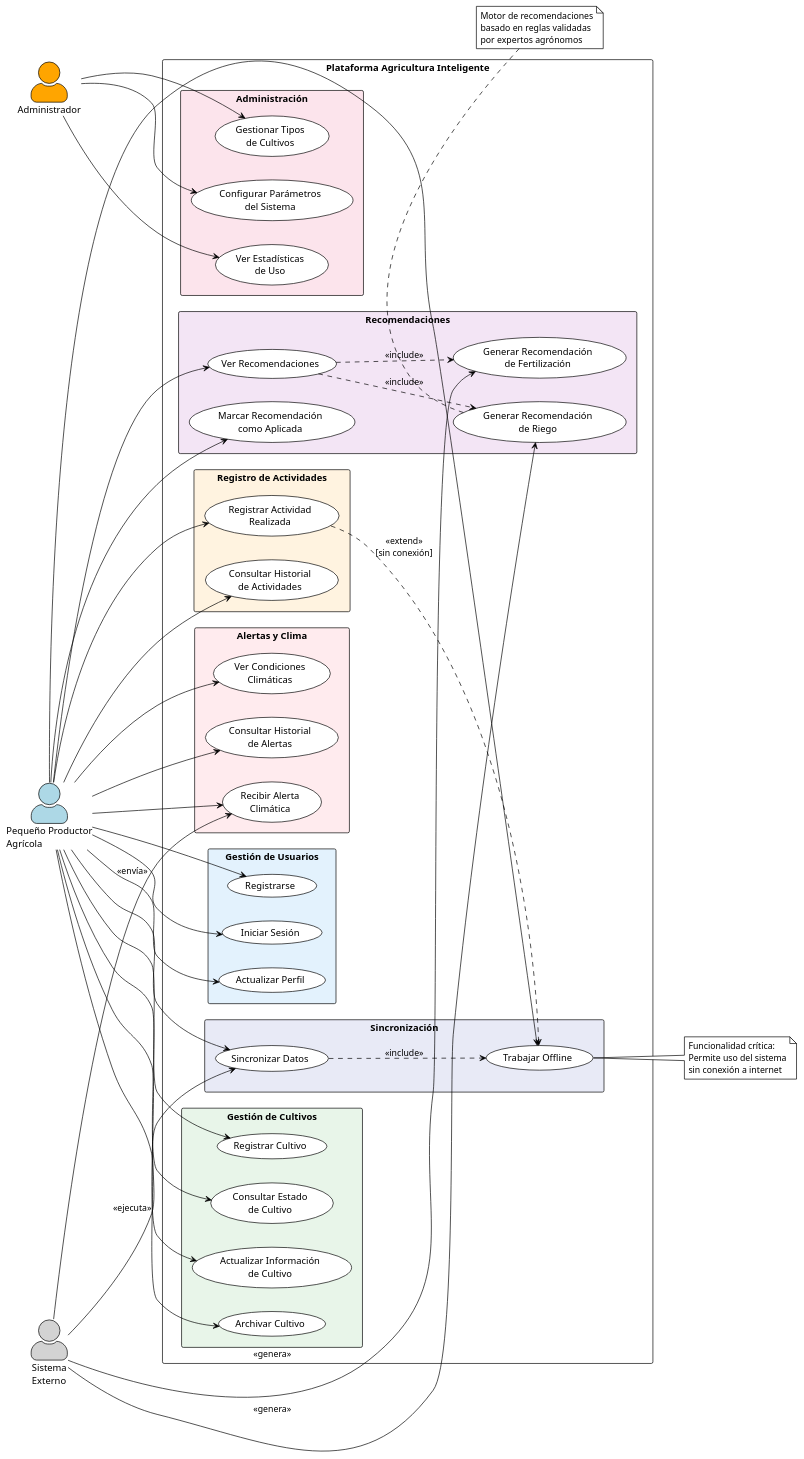
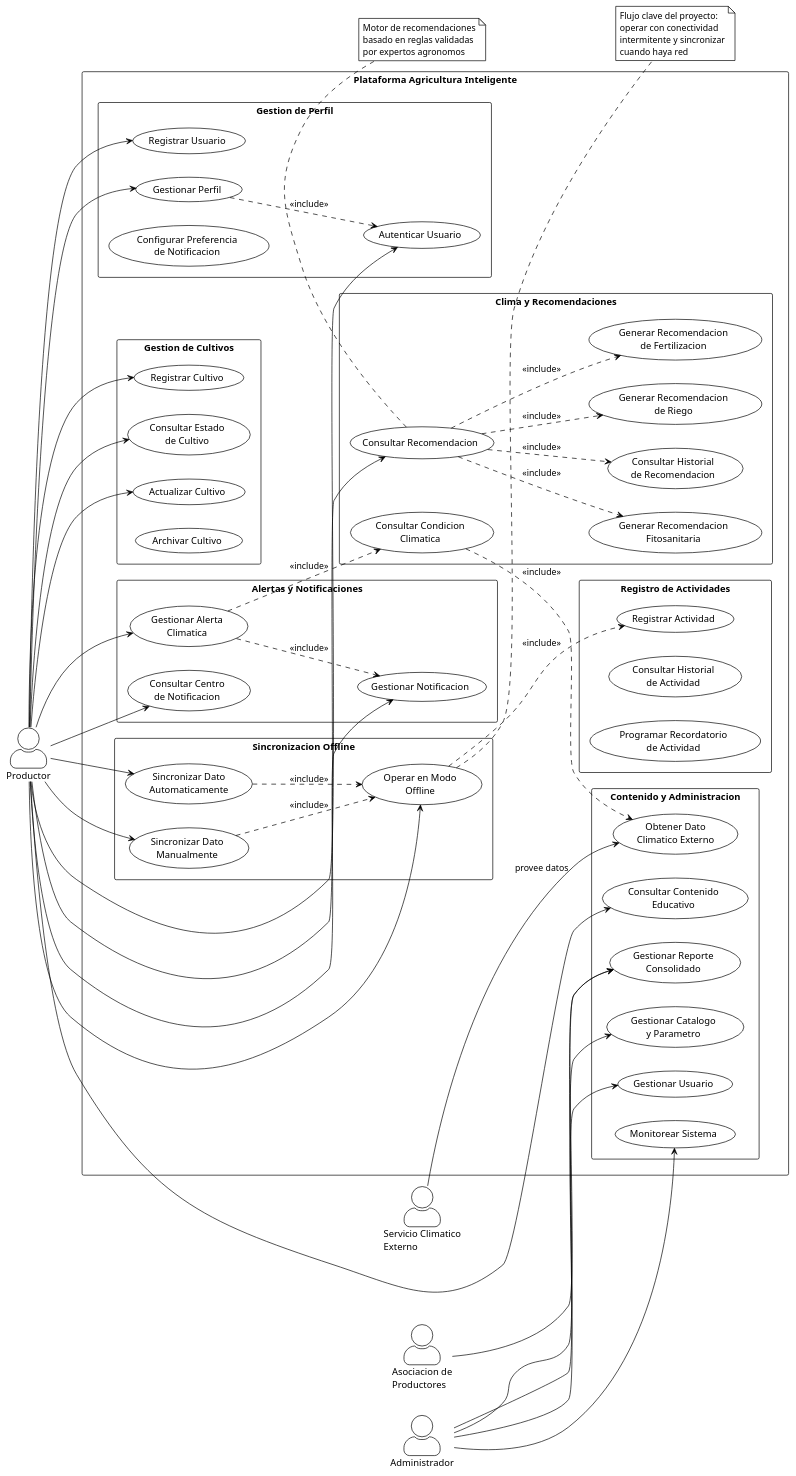
One commit to Moshii-Xz/arquitectura-de-software changed the diagram in 03-Diagramas/01-casos-de-uso.puml. Above: the diagram before and after it, drawn with PlantUML. The commit also changed 17 other files, not shown here.

```diff
--- a/03-Diagramas/01-casos-de-uso.puml
+++ b/03-Diagramas/01-casos-de-uso.puml
@@ -1,104 +1,116 @@
 @startuml casos-de-uso
 !theme plain
 skinparam actorStyle awesome
 skinparam packageStyle rectangle
 
 left to right direction
 
-actor "Pequeño Productor\nAgrícola" as Productor #lightblue
-actor "Sistema\nExterno" as Sistema #lightgray
-actor "Administrador" as Admin #orange
+actor "Productor" as Productor
+actor "Asociacion de\nProductores" as Asociacion
+actor "Administrador" as Admin
+actor "Servicio Climatico\nExterno" as Clima
 
 rectangle "Plataforma Agricultura Inteligente" {
-  
-  package "Gestión de Usuarios" #E3F2FD {
-    usecase (Registrarse) as UC1
-    usecase (Iniciar Sesión) as UC2
-    usecase (Actualizar Perfil) as UC3
+  package "Gestion de Perfil" {
+    usecase (Registrar Usuario) as UC1
+    usecase (Autenticar Usuario) as UC2
+    usecase (Gestionar Perfil) as UC3
+    usecase (Configurar Preferencia\nde Notificacion) as UC4
   }
-  
-  package "Gestión de Cultivos" #E8F5E9 {
-    usecase (Registrar Cultivo) as UC4
-    usecase (Consultar Estado\nde Cultivo) as UC5
-    usecase (Actualizar Información\nde Cultivo) as UC6
-    usecase (Archivar Cultivo) as UC7
+
+  package "Gestion de Cultivos" {
+    usecase (Registrar Cultivo) as UC5
+    usecase (Consultar Estado\nde Cultivo) as UC6
+    usecase (Actualizar Cultivo) as UC7
+    usecase (Archivar Cultivo) as UC8
   }
-  
-  package "Registro de Actividades" #FFF3E0 {
-    usecase (Registrar Actividad\nRealizada) as UC8
-    usecase (Consultar Historial\nde Actividades) as UC9
+
+  package "Registro de Actividades" {
+    usecase (Registrar Actividad) as UC9
+    usecase (Consultar Historial\nde Actividad) as UC10
+    usecase (Programar Recordatorio\nde Actividad) as UC11
   }
-  
-  package "Recomendaciones" #F3E5F5 {
-    usecase (Ver Recomendaciones) as UC10
-    usecase (Generar Recomendación\nde Riego) as UC11
-    usecase (Generar Recomendación\nde Fertilización) as UC12
-    usecase (Marcar Recomendación\ncomo Aplicada) as UC13
+
+  package "Clima y Recomendaciones" {
+    usecase (Consultar Condicion\nClimatica) as UC12
+    usecase (Consultar Recomendacion) as UC13
+    usecase (Generar Recomendacion\nde Riego) as UC14
+    usecase (Generar Recomendacion\nde Fertilizacion) as UC15
+    usecase (Generar Recomendacion\nFitosanitaria) as UC16
+    usecase (Consultar Historial\nde Recomendacion) as UC17
   }
-  
-  package "Alertas y Clima" #FFEBEE {
-    usecase (Ver Condiciones\nClimáticas) as UC14
-    usecase (Recibir Alerta\nClimática) as UC15
-    usecase (Consultar Historial\nde Alertas) as UC16
+
+  package "Alertas y Notificaciones" {
+    usecase (Gestionar Alerta\nClimatica) as UC18
+    usecase (Gestionar Notificacion) as UC19
+    usecase (Consultar Centro\nde Notificacion) as UC20
   }
-  
-  package "Sincronización" #E8EAF6 {
-    usecase (Trabajar Offline) as UC17
-    usecase (Sincronizar Datos) as UC18
+
+  package "Sincronizacion Offline" {
+    usecase (Operar en Modo\nOffline) as UC21
+    usecase (Sincronizar Dato\nAutomaticamente) as UC22
+    usecase (Sincronizar Dato\nManualmente) as UC23
   }
-  
-  package "Administración" #FCE4EC {
-    usecase (Gestionar Tipos\nde Cultivos) as UC19
-    usecase (Configurar Parámetros\ndel Sistema) as UC20
-    usecase (Ver Estadísticas\nde Uso) as UC21
+
+  package "Contenido y Administracion" {
+    usecase (Consultar Contenido\nEducativo) as UC24
+    usecase (Gestionar Reporte\nConsolidado) as UC25
+    usecase (Gestionar Catalogo\ny Parametro) as UC26
+    usecase (Gestionar Usuario) as UC27
+    usecase (Monitorear Sistema) as UC28
+    usecase (Obtener Dato\nClimatico Externo) as UC29
   }
 }
 
-' Relaciones Productor
 Productor --> UC1
 Productor --> UC2
 Productor --> UC3
-Productor --> UC4
 Productor --> UC5
 Productor --> UC6
 Productor --> UC7
-Productor --> UC8
-Productor --> UC9
-Productor --> UC10
 Productor --> UC13
-Productor --> UC14
-Productor --> UC15
-Productor --> UC16
-Productor --> UC17
 Productor --> UC18
+Productor --> UC19
+Productor --> UC20
+Productor --> UC21
+Productor --> UC22
+Productor --> UC23
+Productor --> UC24
 
-' Relaciones Sistema
-Sistema --> UC11 : <<genera>>
-Sistema --> UC12 : <<genera>>
-Sistema --> UC15 : <<envía>>
-Sistema --> UC18 : <<ejecuta>>
+Asociacion --> UC25
 
-' Relaciones Admin
-Admin --> UC19
-Admin --> UC20
-Admin --> UC21
+Admin --> UC25
+Admin --> UC26
+Admin --> UC27
+Admin --> UC28
 
-' Relaciones extend/include
-UC10 ..> UC11 : <<include>>
-UC10 ..> UC12 : <<include>>
-UC8 ..> UC17 : <<extend>>\n[sin conexión]
-UC18 ..> UC17 : <<include>>
+Clima --> UC29 : provee datos
 
-note right of UC17
-  Funcionalidad crítica:
-  Permite uso del sistema
-  sin conexión a internet
+UC3 ..> UC2 : <<include>>
+UC13 ..> UC14 : <<include>>
+UC13 ..> UC15 : <<include>>
+UC13 ..> UC16 : <<include>>
+UC13 ..> UC17 : <<include>>
+
+UC12 ..> UC29 : <<include>>
+UC18 ..> UC12 : <<include>>
+UC18 ..> UC19 : <<include>>
+
+UC21 ..> UC9 : <<include>>
+UC22 ..> UC21 : <<include>>
+UC23 ..> UC21 : <<include>>
+
+note right of UC21
+  Flujo clave del proyecto:
+  operar con conectividad
+  intermitente y sincronizar
+  cuando haya red
 end note
 
-note bottom of UC11
+note bottom of UC13
   Motor de recomendaciones
   basado en reglas validadas
-  por expertos agrónomos
+  por expertos agronomos
 end note
 
 @enduml
```
